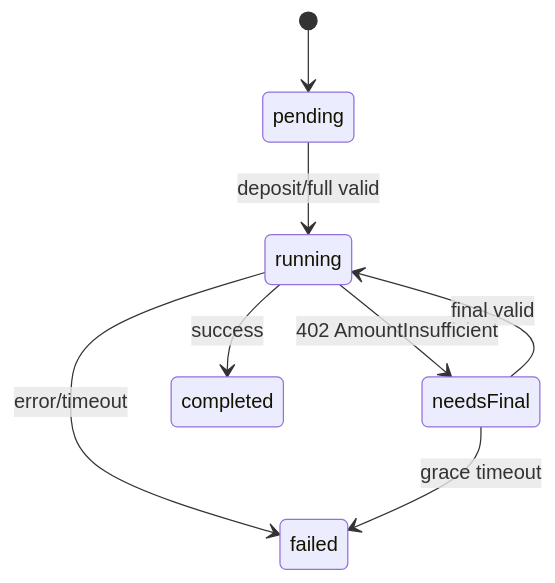
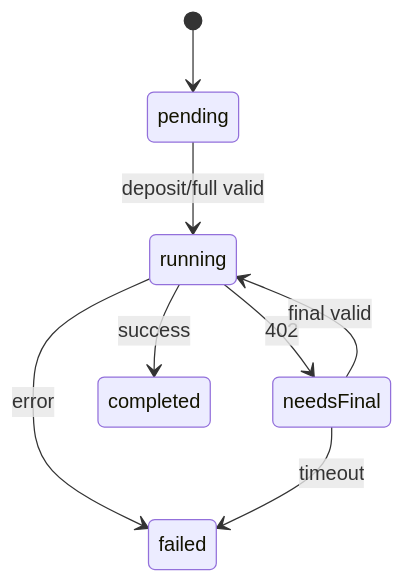
Before and after one commit to b-open-io/bsv-mcp: the fourth of 6 diagrams in docs/a2b.md, drawn with Mermaid. The commit also changed other lines of this file, not shown here.

Commit message:
Refine A2B documentation: update payment flow section for clarity, enhance descriptions in pricing configuration and error codes, and improve task state machine details for better understanding and usability.

````diff
--- a/docs/a2b.md
+++ b/docs/a2b.md
@@ -381,10 +400,10 @@
 ```mermaid
 stateDiagram-v2
     [*] --> pending
     pending --> running : deposit/full valid
-    running --> needsFinal : 402 AmountInsufficient
+    running --> needsFinal : 402
     needsFinal --> running : final valid
     running --> completed : success
-    running --> failed : error/timeout
-    needsFinal --> failed : grace timeout
+    running --> failed : error
+    needsFinal --> failed : timeout
 ```
````
